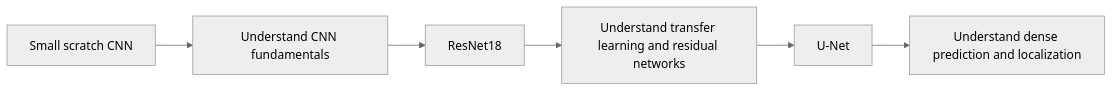
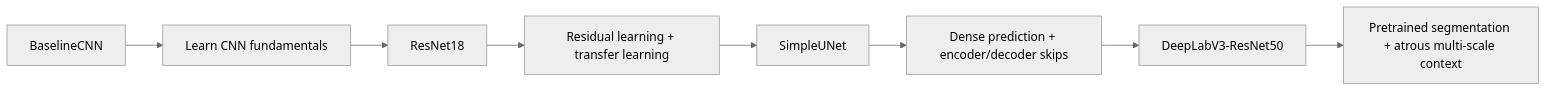
Before and after one commit to santiagoAvellaR/industrial-defect-vision: the ninth of 9 diagrams in docs/learning/deep-learning/architectures/README.md, drawn with Mermaid (neutral theme). The commit also changed other lines of this file, not shown here.

Commit message:
docs(learning): expand architecture atlas through DeepLabV3

````diff
--- a/docs/learning/deep-learning/architectures/README.md
+++ b/docs/learning/deep-learning/architectures/README.md
@@ -335,8 +278,10 @@
 ```mermaid
 flowchart LR
-    A[Small scratch CNN] --> B[Understand CNN fundamentals]
+    A[BaselineCNN] --> B[Learn CNN fundamentals]
     B --> C[ResNet18]
-    C --> D[Understand transfer learning and residual networks]
-    D --> E[U-Net]
-    E --> F[Understand dense prediction and localization]
+    C --> D[Residual learning + transfer learning]
+    D --> E[SimpleUNet]
+    E --> F[Dense prediction + encoder/decoder skips]
+    F --> G[DeepLabV3-ResNet50]
+    G --> H[Pretrained segmentation + atrous multi-scale context]
 ```
````
